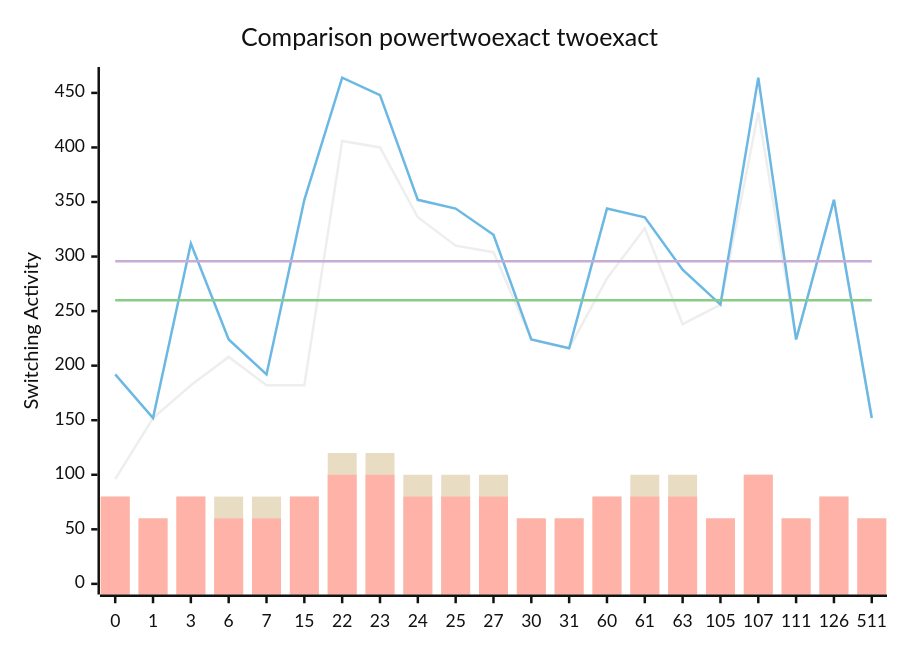
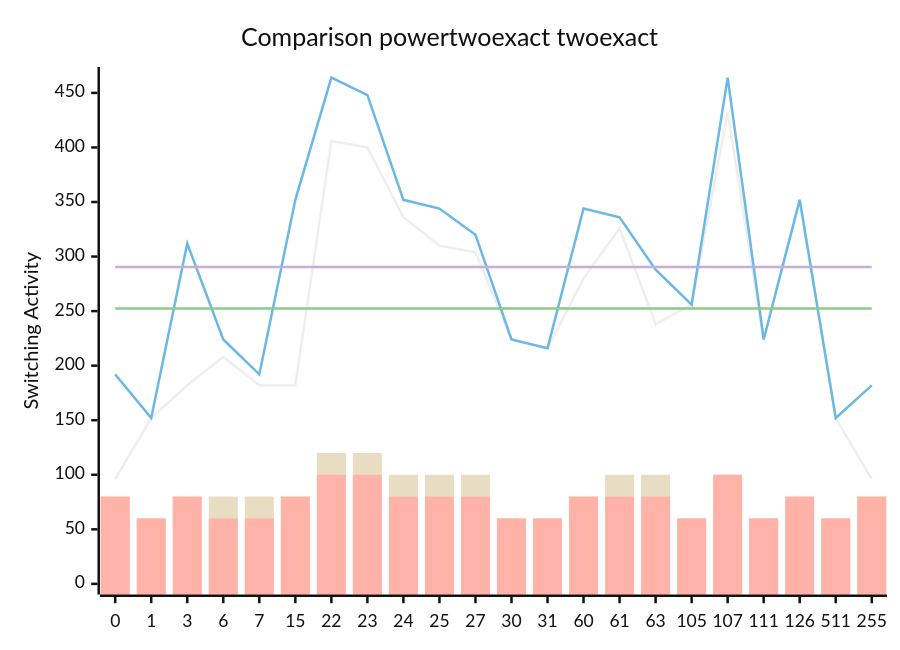
One commit to FeldmeierMichael/Exact-Power-Synthesis changed the diagram in benchmark.md. Above: the diagram before and after it, drawn with Mermaid (neutral theme). The commit also changed other lines of this file and 2 other files, not shown here.

````diff
--- a/benchmark.md
+++ b/benchmark.md
@@ -47,12 +49,12 @@
 ```mermaid
 xychart-beta
     title "Comparison powertwoexact twoexact"
-    x-axis [0, 1, 3, 6, 7, 15, 22, 23, 24, 25, 27, 30, 31, 60, 61, 63, 105, 107, 111, 126, 511]
+    x-axis [0, 1, 3, 6, 7, 15, 22, 23, 24, 25, 27, 30, 31, 60, 61, 63, 105, 107, 111, 126, 511, 255]
     y-axis "Switching Activity" 0-->464
-    line [96, 152, 182, 208, 182, 182, 406, 400, 336, 310, 304, 224, 216, 280, 326, 238, 256, 432, 224, 352, 152]
-    line [192, 152, 312, 224, 192, 352, 464, 448, 352, 344, 320, 224, 216, 344, 336, 288, 256, 464, 224, 352, 152]
-    line [259.9047619047619, 259.9047619047619, 259.9047619047619, 259.9047619047619, 259.9047619047619, 259.9047619047619, 259.9047619047619, 259.9047619047619, 259.9047619047619, 259.9047619047619, 259.9047619047619, 259.9047619047619, 259.9047619047619, 259.9047619047619, 259.9047619047619, 259.9047619047619, 259.9047619047619, 259.9047619047619, 259.9047619047619, 259.9047619047619, 259.9047619047619]
-    line [295.6190476190476, 295.6190476190476, 295.6190476190476, 295.6190476190476, 295.6190476190476, 295.6190476190476, 295.6190476190476, 295.6190476190476, 295.6190476190476, 295.6190476190476, 295.6190476190476, 295.6190476190476, 295.6190476190476, 295.6190476190476, 295.6190476190476, 295.6190476190476, 295.6190476190476, 295.6190476190476, 295.6190476190476, 295.6190476190476, 295.6190476190476]
-    bar [80, 60, 80, 80, 80, 80, 120, 120, 100, 100, 100, 60, 60, 80, 100, 100, 60, 100, 60, 80, 60]
-    bar [80, 60, 80, 60, 60, 80, 100, 100, 80, 80, 80, 60, 60, 80, 80, 80, 60, 100, 60, 80, 60]
+    line [96, 152, 182, 208, 182, 182, 406, 400, 336, 310, 304, 224, 216, 280, 326, 238, 256, 432, 224, 352, 152, 96]
+    line [192, 152, 312, 224, 192, 352, 464, 448, 352, 344, 320, 224, 216, 344, 336, 288, 256, 464, 224, 352, 152, 182]
+    line [252.45454545454547, 252.45454545454547, 252.45454545454547, 252.45454545454547, 252.45454545454547, 252.45454545454547, 252.45454545454547, 252.45454545454547, 252.45454545454547, 252.45454545454547, 252.45454545454547, 252.45454545454547, 252.45454545454547, 252.45454545454547, 252.45454545454547, 252.45454545454547, 252.45454545454547, 252.45454545454547, 252.45454545454547, 252.45454545454547, 252.45454545454547, 252.45454545454547]
+    line [290.45454545454544, 290.45454545454544, 290.45454545454544, 290.45454545454544, 290.45454545454544, 290.45454545454544, 290.45454545454544, 290.45454545454544, 290.45454545454544, 290.45454545454544, 290.45454545454544, 290.45454545454544, 290.45454545454544, 290.45454545454544, 290.45454545454544, 290.45454545454544, 290.45454545454544, 290.45454545454544, 290.45454545454544, 290.45454545454544, 290.45454545454544, 290.45454545454544]
+    bar [80, 60, 80, 80, 80, 80, 120, 120, 100, 100, 100, 60, 60, 80, 100, 100, 60, 100, 60, 80, 60, 80]
+    bar [80, 60, 80, 60, 60, 80, 100, 100, 80, 80, 80, 60, 60, 80, 80, 80, 60, 100, 60, 80, 60, 80]
 ```
````
